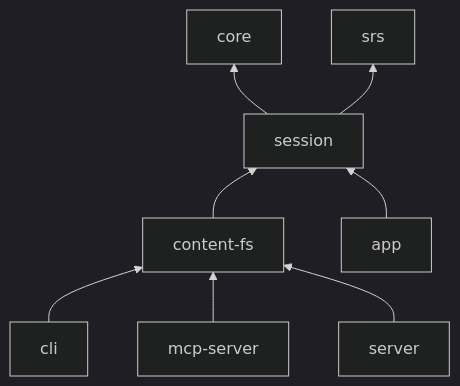
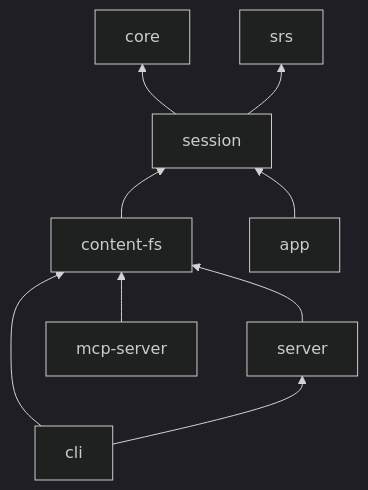
One commit to VladimirMakarevich/wastech-learn changed the diagram in docs/architecture/components.md. Above: the diagram before and after it, drawn with Mermaid (dark theme). The commit also changed other lines of this file and 34 other files, not shown here.

````diff
--- a/docs/architecture/components.md
+++ b/docs/architecture/components.md
@@ -21,18 +21,19 @@
 ```mermaid
 flowchart BT
   core["core"]
   srs["srs"]
   ses["session"]
   cfs["content-fs"]
   cli["cli"]
   mcp["mcp-server"]
   srv["server"]
   app["app"]
   ses --> core
   ses --> srs
   cfs --> ses
   cli --> cfs
   mcp --> cfs
   srv --> cfs
+  cli --> srv
   app --> ses
 ```
````
